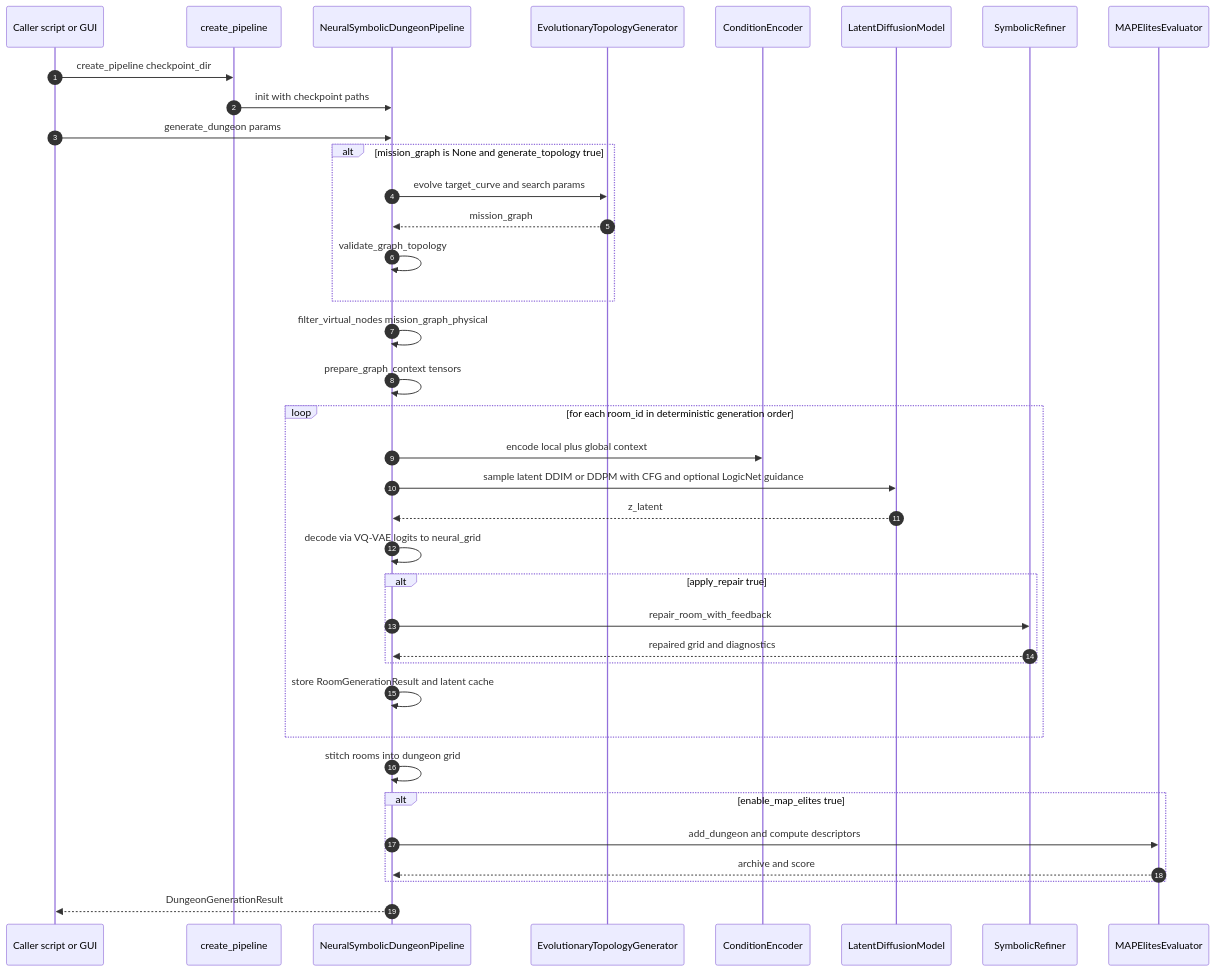
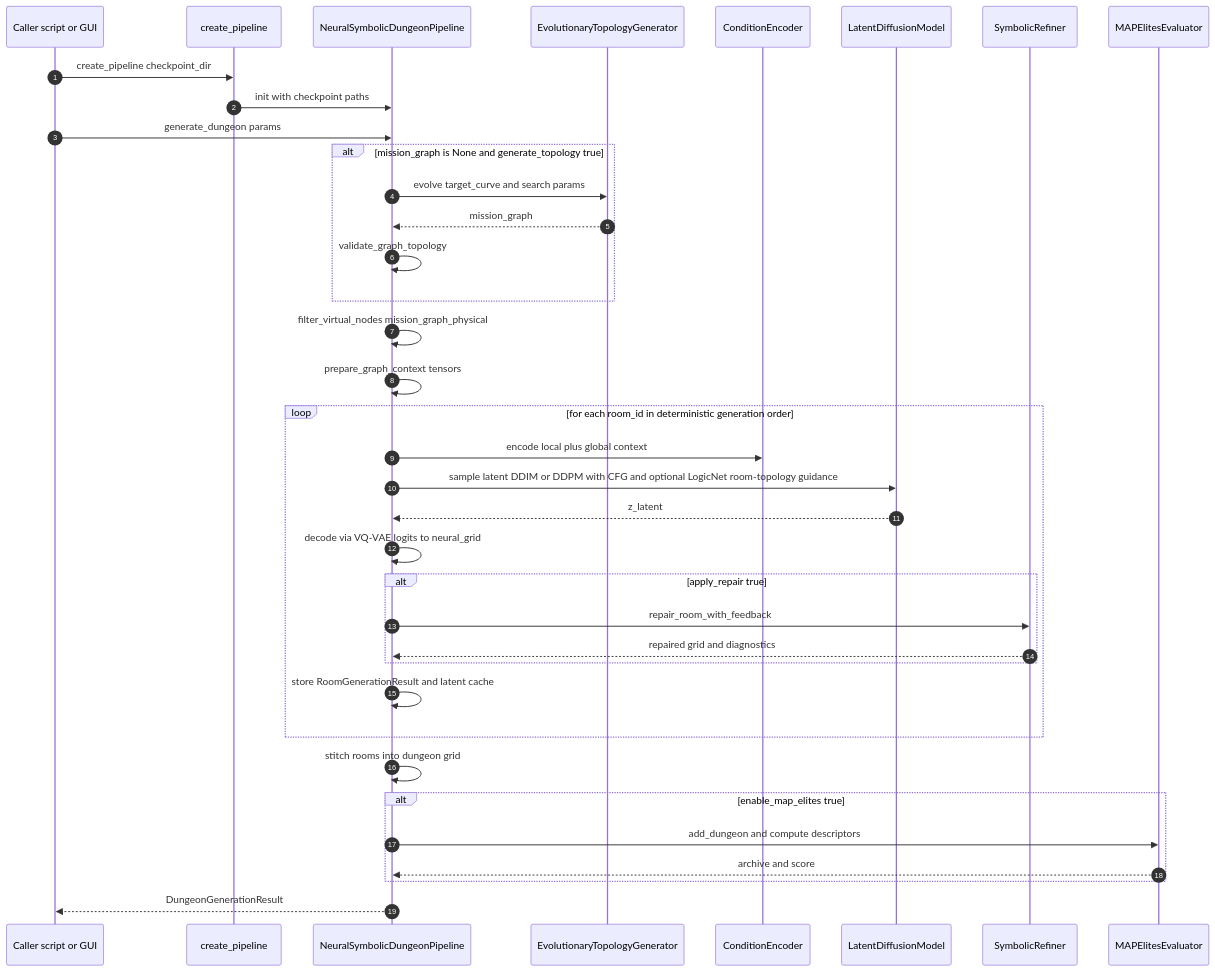
Before and after one commit to minhphuc477/KLTN: the second of 4 diagrams in docs/CURRENT_ARCHITECTURE.md, drawn with Mermaid. The commit also changed other lines of this file and 41 other files, not shown here.

````diff
--- a/docs/CURRENT_ARCHITECTURE.md
+++ b/docs/CURRENT_ARCHITECTURE.md
@@ -178,46 +181,46 @@
 ```mermaid
 sequenceDiagram
     autonumber
     participant Caller as Caller script or GUI
     participant Facade as create_pipeline
     participant Pipe as NeuralSymbolicDungeonPipeline
     participant Evo as EvolutionaryTopologyGenerator
     participant Cond as ConditionEncoder
     participant Diff as LatentDiffusionModel
     participant Ref as SymbolicRefiner
     participant ME as MAPElitesEvaluator
 
     Caller->>Facade: create_pipeline checkpoint_dir
     Facade->>Pipe: init with checkpoint paths
 
     Caller->>Pipe: generate_dungeon params
 
     alt mission_graph is None and generate_topology true
         Pipe->>Evo: evolve target_curve and search params
         Evo-->>Pipe: mission_graph
         Pipe->>Pipe: validate_graph_topology
     end
 
     Pipe->>Pipe: filter_virtual_nodes mission_graph_physical
     Pipe->>Pipe: prepare_graph_context tensors
 
     loop for each room_id in deterministic generation order
         Pipe->>Cond: encode local plus global context
-        Pipe->>Diff: sample latent DDIM or DDPM with CFG and optional LogicNet guidance
+        Pipe->>Diff: sample latent DDIM or DDPM with CFG and optional LogicNet room-topology guidance
         Diff-->>Pipe: z_latent
         Pipe->>Pipe: decode via VQ-VAE logits to neural_grid
         alt apply_repair true
             Pipe->>Ref: repair_room_with_feedback
             Ref-->>Pipe: repaired grid and diagnostics
         end
         Pipe->>Pipe: store RoomGenerationResult and latent cache
     end
 
     Pipe->>Pipe: stitch rooms into dungeon grid
     alt enable_map_elites true
         Pipe->>ME: add_dungeon and compute descriptors
         ME-->>Pipe: archive and score
     end
 
     Pipe-->>Caller: DungeonGenerationResult
 ```
````
